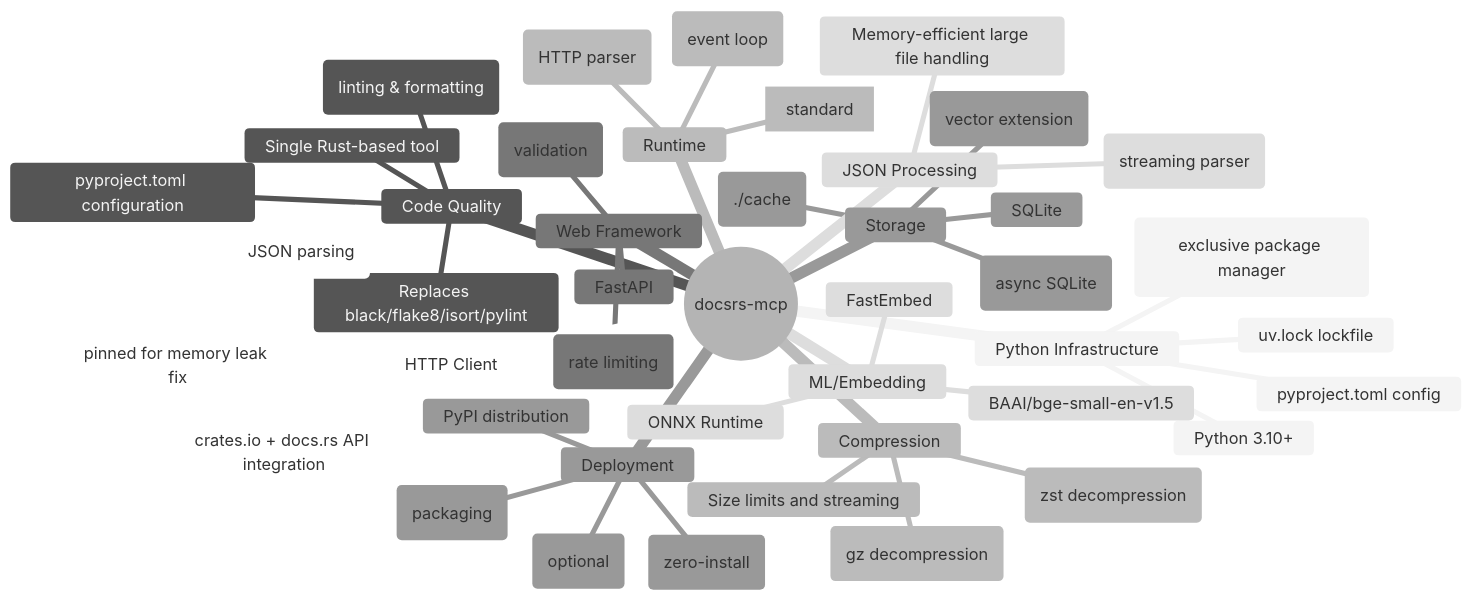
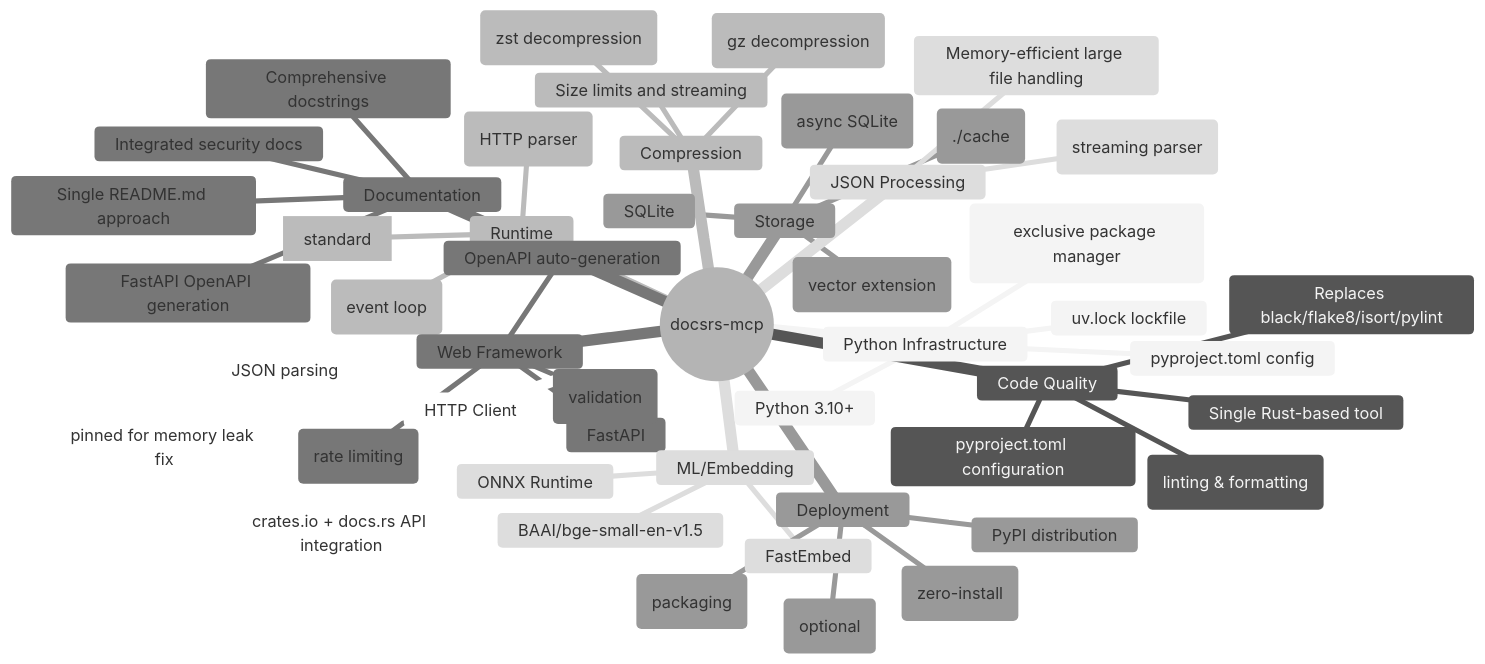
One commit to RimoVR/docsrs-mcp changed the seventh of 11 diagrams in Architecture.md. Above: the diagram before and after it, drawn with Mermaid (neutral theme). The commit also changed other lines of this file and 7 other files, not shown here.

First line of the commit message:
docs: Enhance project documentation with comprehensive README and API docs

````diff
--- a/Architecture.md
+++ b/Architecture.md
@@ -180,56 +235,63 @@
 ```mermaid
 mindmap
   root((docsrs-mcp))
     Python Infrastructure
       uv (exclusive package manager)
       Python 3.10+
       pyproject.toml config
       uv.lock lockfile
       
     Code Quality
       Ruff (linting & formatting)
       Replaces black/flake8/isort/pylint
       Single Rust-based tool
       pyproject.toml configuration
       
     Runtime
       uvicorn[standard]
       uvloop (event loop)
       httptools (HTTP parser)
     
     Web Framework
       FastAPI
       Pydantic (validation)
       slowapi (rate limiting)
+      OpenAPI auto-generation
       
     Storage
       SQLite
       sqlite-vec (vector extension)
       aiosqlite (async SQLite)
       File-based cache (./cache)
       
     ML/Embedding
       FastEmbed
       ONNX Runtime
       BAAI/bge-small-en-v1.5
       
     HTTP Client
       aiohttp 3.9.5 (pinned for memory leak fix)
       orjson (JSON parsing)
       crates.io + docs.rs API integration
       
     JSON Processing
       ijson (streaming parser)
       Memory-efficient large file handling
       
     Compression
       zstandard (zst decompression)
       gzip (gz decompression)
       Size limits and streaming
       
     Deployment
       uvx (zero-install)
       uv build (packaging)
       Docker (optional)
       PyPI distribution
+      
+    Documentation
+      FastAPI OpenAPI generation
+      Comprehensive docstrings
+      Single README.md approach
+      Integrated security docs
 ```
````
